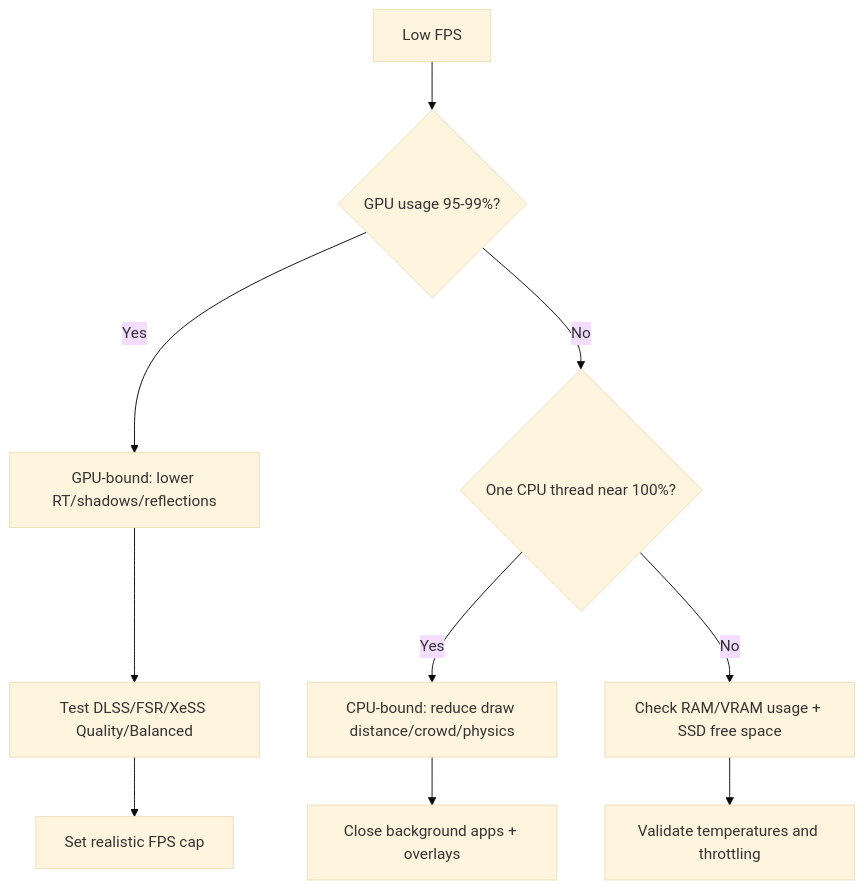
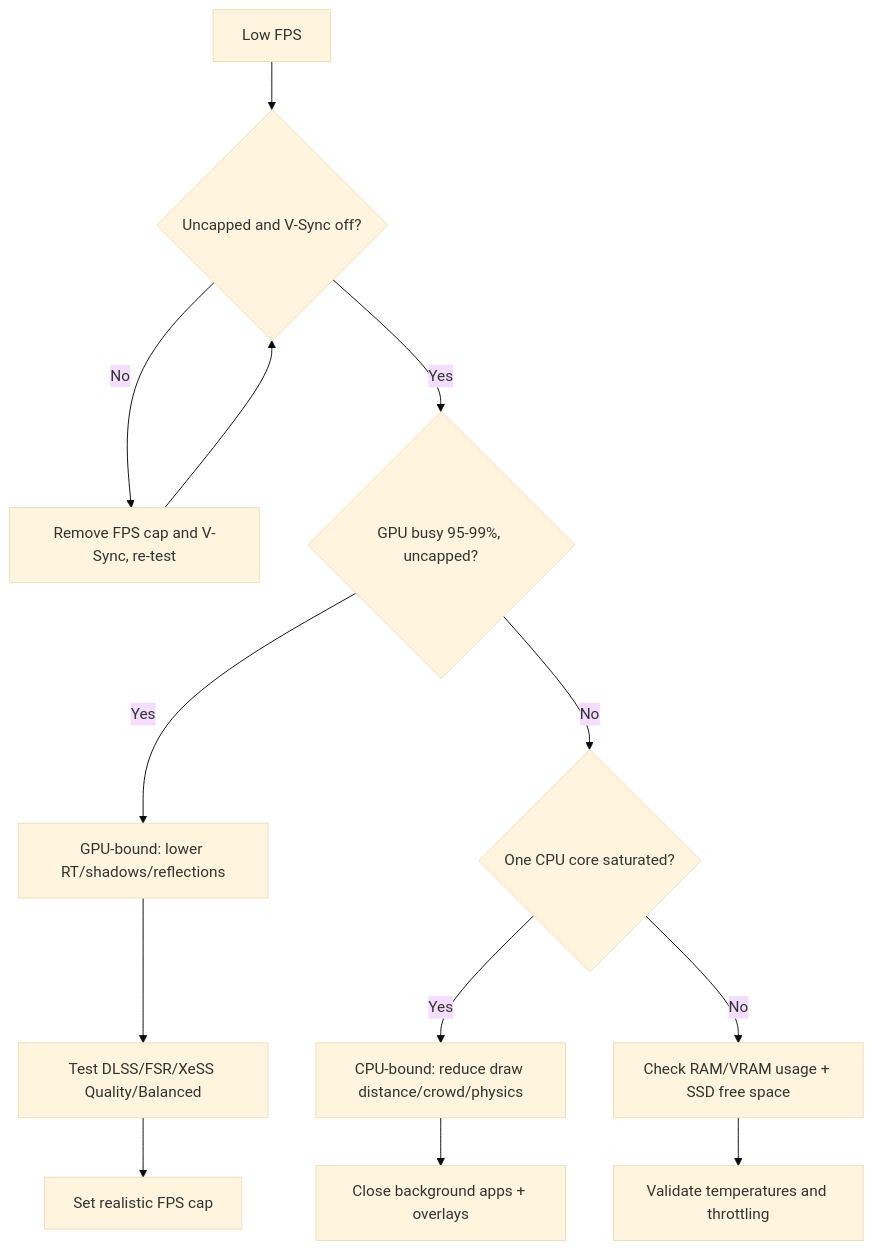
The first of 5 diagrams in docs/15-troubleshooting-decision-trees.md (h4zvenn/gaming-pc-guide), drawn with Mermaid (base theme) before and after one commit. The commit also changed other lines of this file and 31 other files, not shown here.

First line of the commit message:
refactor: technical audit fixes + game section architecture

````diff
--- a/docs/15-troubleshooting-decision-trees.md
+++ b/docs/15-troubleshooting-decision-trees.md
@@ -16,12 +16,15 @@
 ```mermaid
 flowchart TD
-	A[Low FPS] --> B{GPU usage 95-99%?}
-	B -- Yes --> C[GPU-bound: lower RT/shadows/reflections]
-	C --> D[Test DLSS/FSR/XeSS Quality/Balanced]
-	D --> E[Set realistic FPS cap]
-	B -- No --> F{One CPU thread near 100%?}
-	F -- Yes --> G[CPU-bound: reduce draw distance/crowd/physics]
-	G --> H[Close background apps + overlays]
-	F -- No --> I[Check RAM/VRAM usage + SSD free space]
-	I --> J[Validate temperatures and throttling]
+    A[Low FPS] --> B{Uncapped and V-Sync off?}
+    B -- No --> B1[Remove FPS cap and V-Sync, re-test]
+    B1 --> B
+    B -- Yes --> C{GPU busy 95-99%, uncapped?}
+    C -- Yes --> D[GPU-bound: lower RT/shadows/reflections]
+    D --> E[Test DLSS/FSR/XeSS Quality/Balanced]
+    E --> F[Set realistic FPS cap]
+    C -- No --> G{One CPU core saturated?}
+    G -- Yes --> H[CPU-bound: reduce draw distance/crowd/physics]
+    H --> I[Close background apps + overlays]
+    G -- No --> J[Check RAM/VRAM usage + SSD free space]
+    J --> K[Validate temperatures and throttling]
 ```
````
